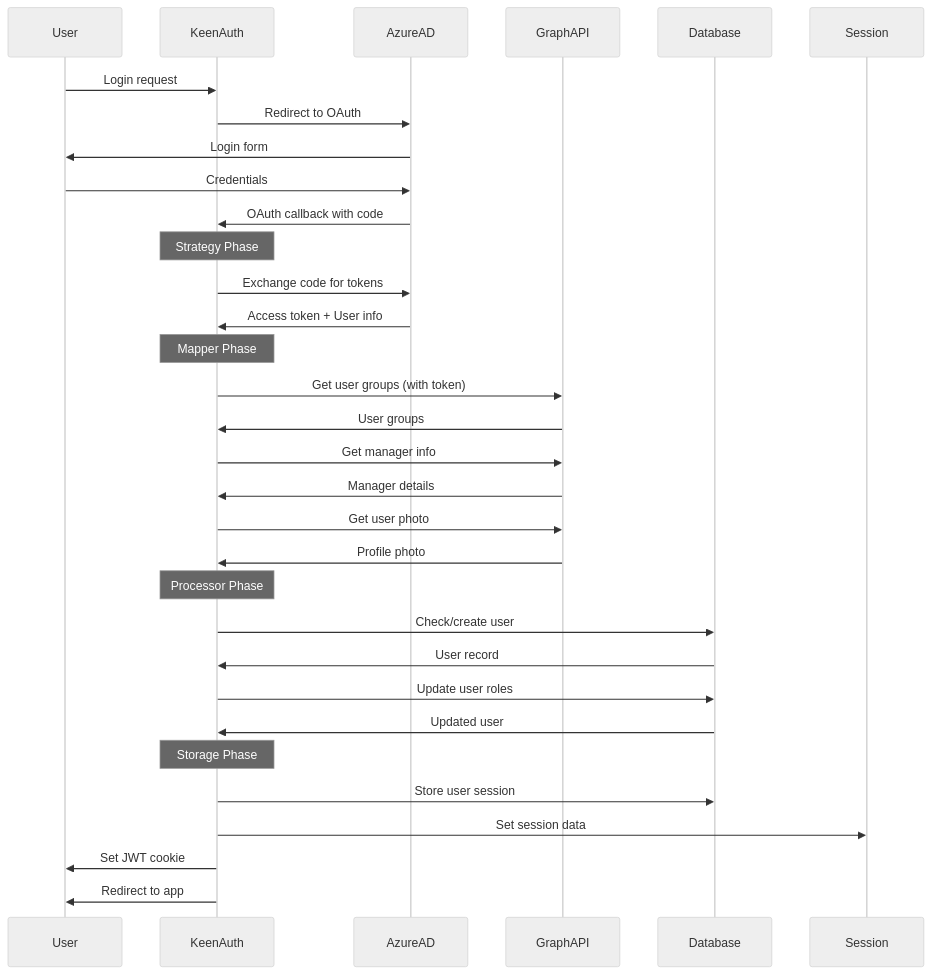
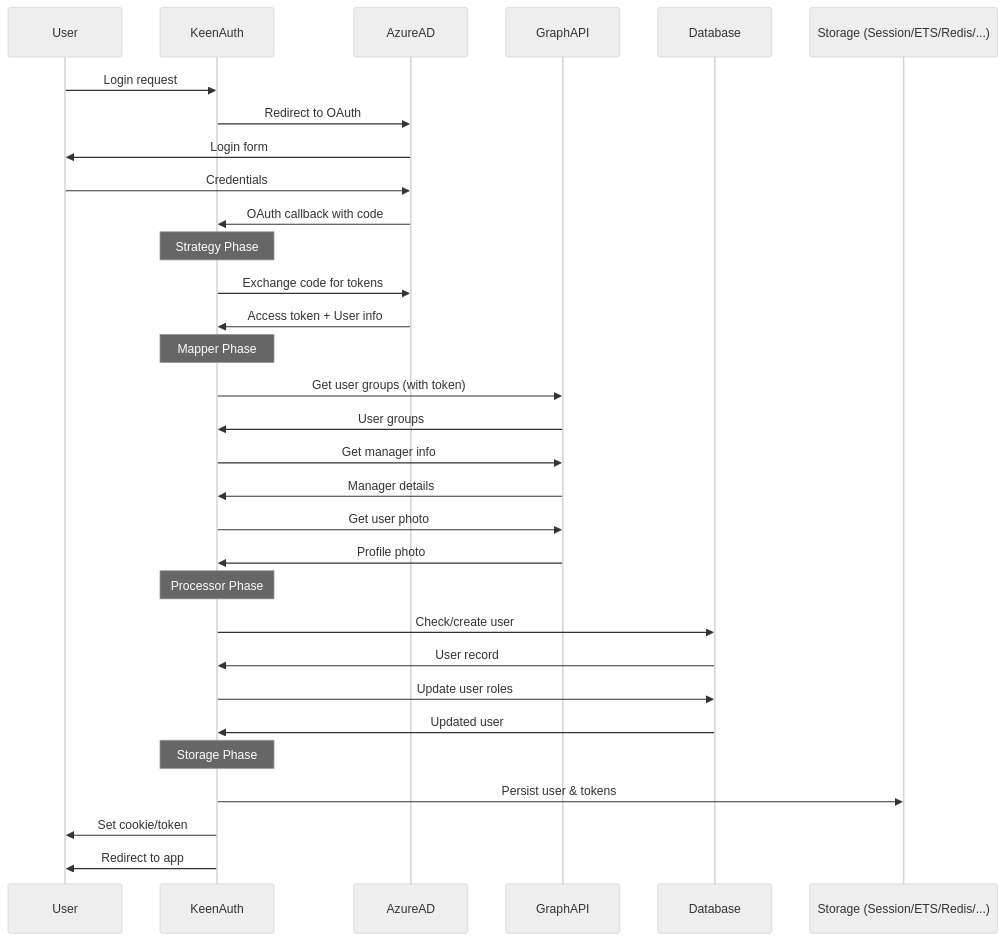
One commit to KeenMate/keen_auth changed the fourth of 4 diagrams in README.md. Above: the diagram before and after it, drawn with Mermaid (neutral theme). The commit also changed other lines of this file and 15 other files, not shown here.

````diff
--- a/README.md
+++ b/README.md
@@ -41,39 +129,38 @@
 ```mermaid
 sequenceDiagram
     participant User
     participant KeenAuth
     participant AzureAD
     participant GraphAPI
     participant Database
-    participant Session
+    participant Storage as Storage (Session/ETS/Redis/...)
 
     User->>KeenAuth: Login request
     KeenAuth->>AzureAD: Redirect to OAuth
     AzureAD->>User: Login form
     User->>AzureAD: Credentials
     AzureAD->>KeenAuth: OAuth callback with code
 
     Note over KeenAuth: Strategy Phase
     KeenAuth->>AzureAD: Exchange code for tokens
     AzureAD->>KeenAuth: Access token + User info
 
     Note over KeenAuth: Mapper Phase
     KeenAuth->>GraphAPI: Get user groups (with token)
     GraphAPI->>KeenAuth: User groups
     KeenAuth->>GraphAPI: Get manager info
     GraphAPI->>KeenAuth: Manager details
     KeenAuth->>GraphAPI: Get user photo
     GraphAPI->>KeenAuth: Profile photo
 
     Note over KeenAuth: Processor Phase
     KeenAuth->>Database: Check/create user
     Database->>KeenAuth: User record
     KeenAuth->>Database: Update user roles
     Database->>KeenAuth: Updated user
 
     Note over KeenAuth: Storage Phase
-    KeenAuth->>Database: Store user session
-    KeenAuth->>Session: Set session data
-    KeenAuth->>User: Set JWT cookie
+    KeenAuth->>Storage: Persist user & tokens
+    KeenAuth->>User: Set cookie/token
     KeenAuth->>User: Redirect to app
 ```
````
